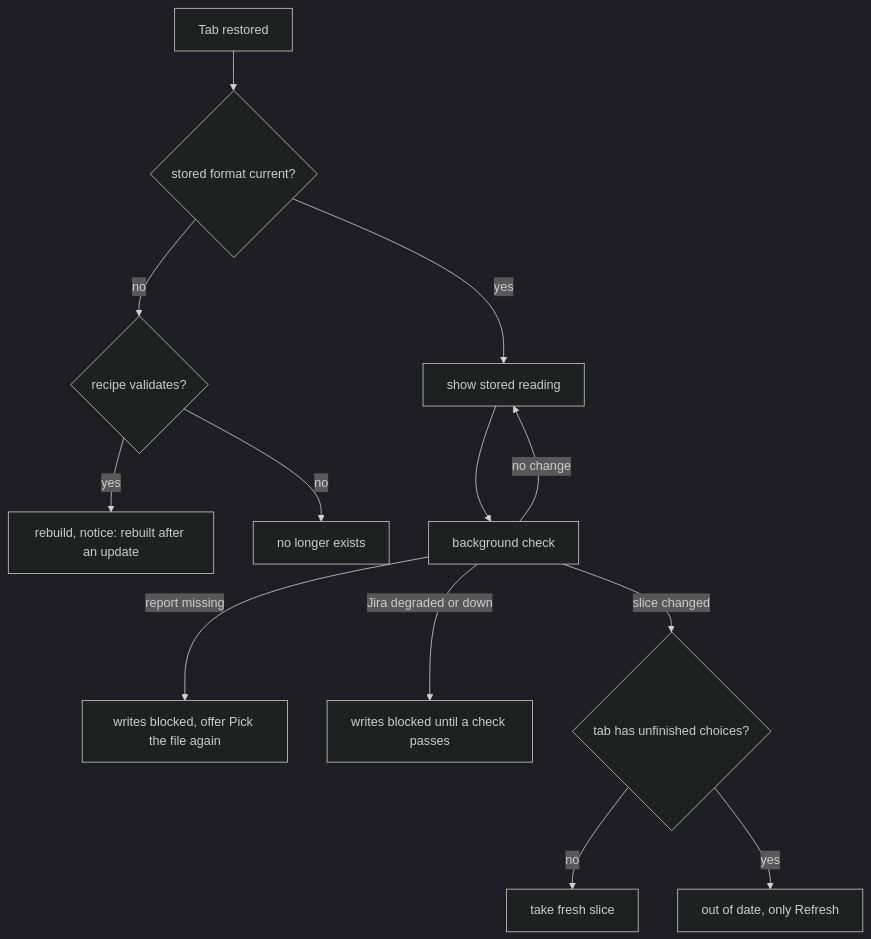
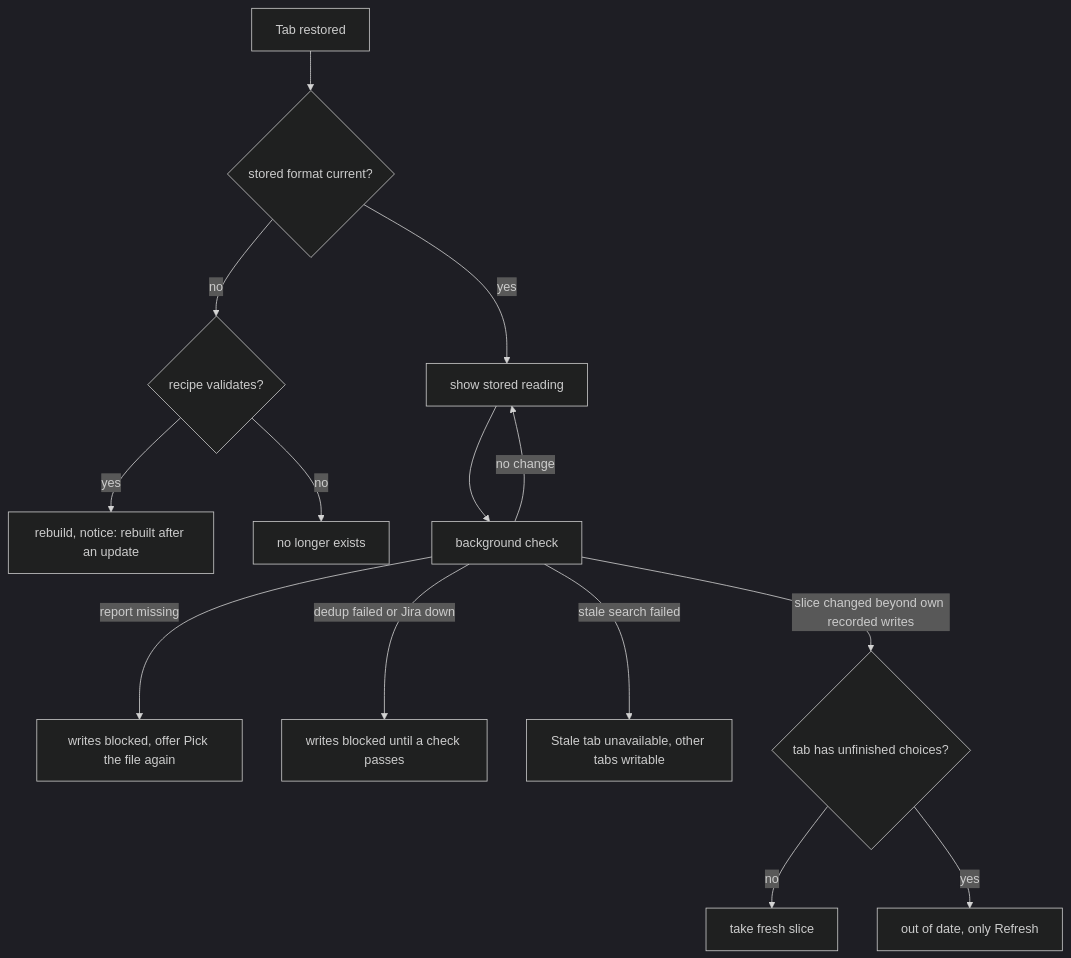
Before and after one commit to rbreunung/ticket-sidekick: the third of 3 diagrams in docs/plans/2026-11-14-1641-feat-import-board-veracode-waltz-parity-plan.md, drawn with Mermaid (dark theme). The commit also changed other lines of this file, not shown here.

````diff
--- a/docs/plans/2026-11-14-1641-feat-import-board-veracode-waltz-parity-plan.md
+++ b/docs/plans/2026-11-14-1641-feat-import-board-veracode-waltz-parity-plan.md
@@ -252,14 +252,15 @@
 ```mermaid
 flowchart TB
   R[Tab restored] --> F{stored format current?}
   F -->|no| V{recipe validates?}
   V -->|yes| RB[rebuild, notice: rebuilt after an update]
   V -->|no| GONE[no longer exists]
   F -->|yes| SHOW[show stored reading] --> C[background check]
   C -->|report missing| BLK[writes blocked, offer Pick the file again]
-  C -->|Jira degraded or down| BLK2[writes blocked until a check passes]
-  C -->|slice changed| MARK{tab has unfinished choices?}
+  C -->|dedup failed or Jira down| BLK2[writes blocked until a check passes]
+  C -->|stale search failed| STL[Stale tab unavailable, other tabs writable]
+  C -->|slice changed beyond own recorded writes| MARK{tab has unfinished choices?}
   MARK -->|no| TAKE[take fresh slice]
   MARK -->|yes| OOD[out of date, only Refresh]
   C -->|no change| SHOW
 ```
````
